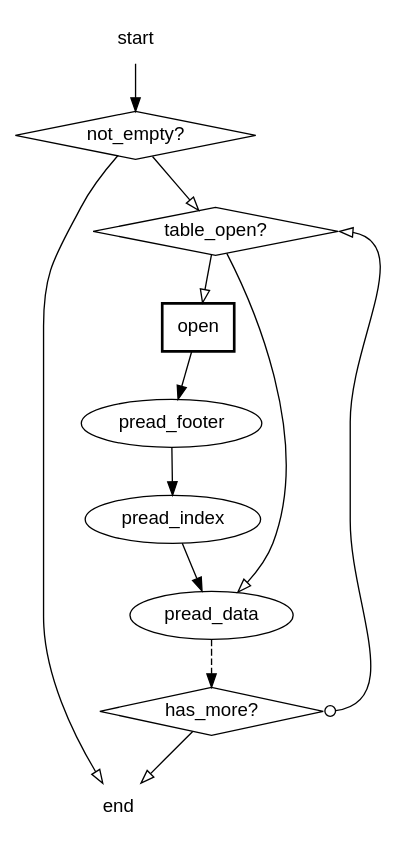
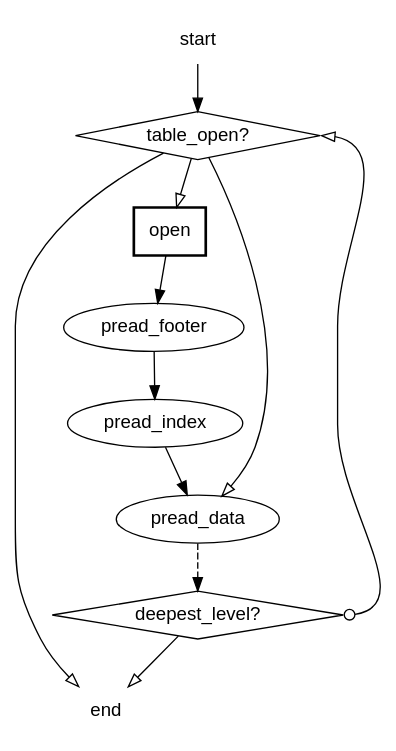
The diagram in realapps/leveldb/leveldb-plg/version_get.dot (josehu07/foreactor), drawn with Graphviz before and after one commit. The commit also changed 534 other files, not shown here.

```diff
--- a/realapps/leveldb/leveldb-plg/version_get.dot
+++ b/realapps/leveldb/leveldb-plg/version_get.dot
@@ -1,22 +1,20 @@
 digraph SCGraph {
   graph [fontname="helvetica"];
   node  [fontname="helvetica"];
   edge  [fontname="helvetica"];
   start [shape=plaintext];
-  start -> not_empty;
+  start -> table_open;
   end [shape=plaintext];
-  not_empty [shape=diamond,label="not_empty?"];
-  not_empty -> end [arrowhead=empty];
-  not_empty -> table_open [arrowhead=empty];
   table_open [shape=diamond,label="table_open?"];
   table_open -> open [arrowhead=empty];
   table_open -> pread_data [arrowhead=empty];
-  pread_data -> has_more [style=dashed];
-  has_more [shape=diamond,label="has_more?"];
-  has_more -> end [arrowhead=empty];
-  has_more:e -> table_open:e [arrowhead=empty,dir=both,arrowtail=odot];
+  table_open -> end [arrowhead=empty];
+  pread_data -> deepest_level [style=dashed];
+  deepest_level [shape=diamond,label="deepest_level?"];
+  deepest_level:e -> table_open:e [arrowhead=empty,dir=both,arrowtail=odot];
+  deepest_level -> end [arrowhead=empty];
   open [shape=box,style=bold];
   open -> pread_footer;
   pread_footer -> pread_index;
   pread_index -> pread_data;
 }
```
